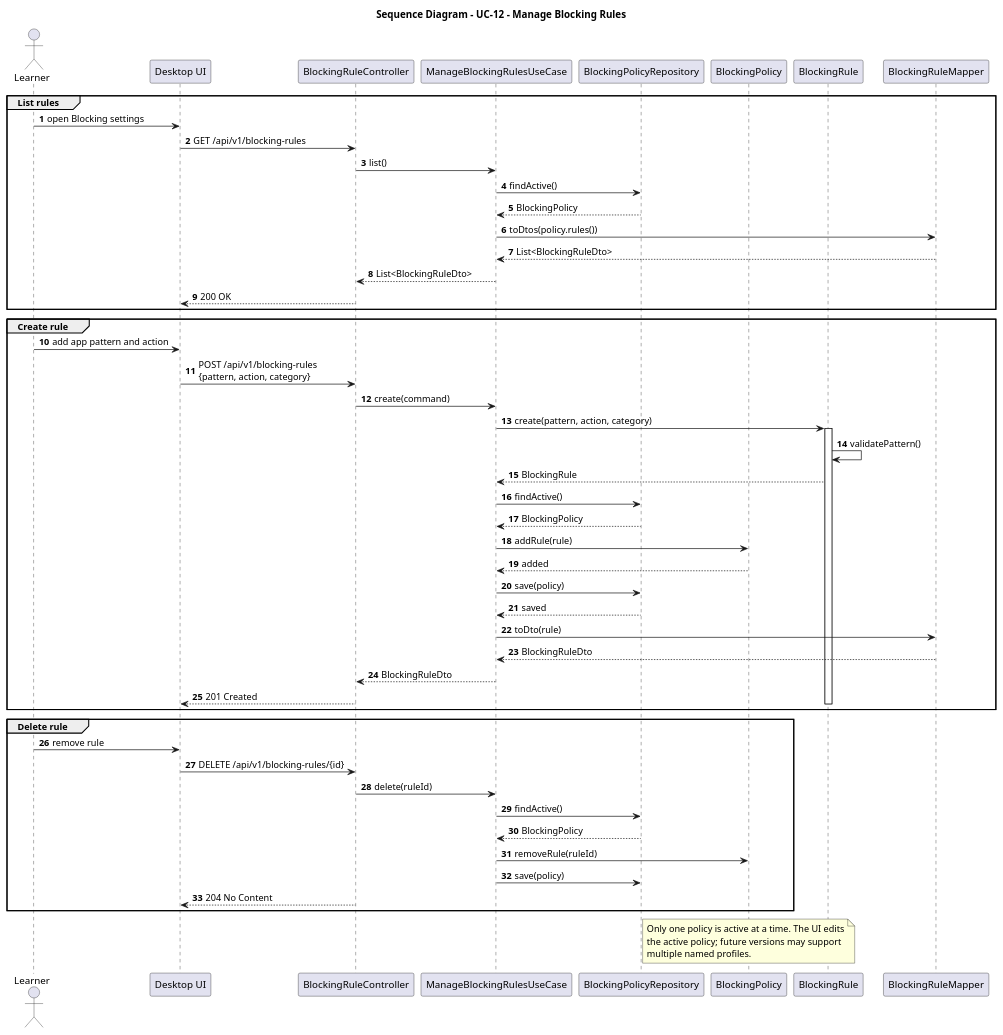
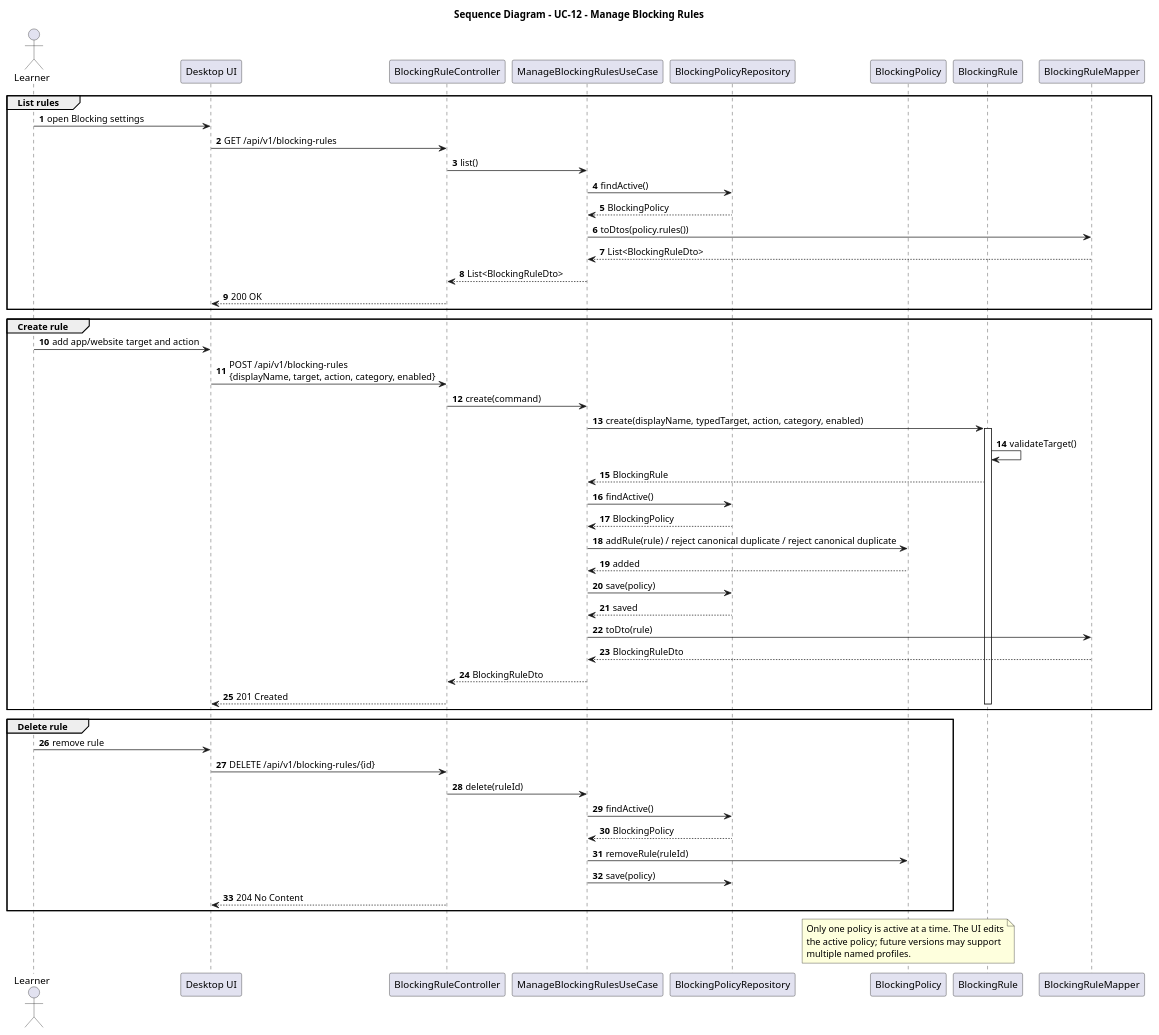
One commit to MiguelRibeiro1210/Focus-and-Study-Tracking changed the diagram in docs/SD/SD_ManageBlockingRules.puml. Above: the diagram before and after it, drawn with PlantUML. The commit also changed 31 other files, not shown here.

```diff
--- a/docs/SD/SD_ManageBlockingRules.puml
+++ b/docs/SD/SD_ManageBlockingRules.puml
@@ -1,64 +1,64 @@
 @startuml
 title Sequence Diagram - UC-12 - Manage Blocking Rules
 
 autonumber
 actor Learner
 participant "Desktop UI" as UI
 participant "BlockingRuleController" as Controller
 participant "ManageBlockingRulesUseCase" as UseCase
 participant "BlockingPolicyRepository" as Repo
 participant "BlockingPolicy" as Policy
 participant "BlockingRule" as Rule
 participant "BlockingRuleMapper" as Mapper
 
 group List rules
   Learner -> UI : open Blocking settings
   UI -> Controller : GET /api/v1/blocking-rules
   Controller -> UseCase : list()
   UseCase -> Repo : findActive()
   Repo --> UseCase : BlockingPolicy
   UseCase -> Mapper : toDtos(policy.rules())
   Mapper --> UseCase : List<BlockingRuleDto>
   UseCase --> Controller : List<BlockingRuleDto>
   Controller --> UI : 200 OK
 end
 
 group Create rule
-  Learner -> UI : add app pattern and action
-  UI -> Controller : POST /api/v1/blocking-rules\n{pattern, action, category}
+  Learner -> UI : add app/website target and action
+  UI -> Controller : POST /api/v1/blocking-rules\n{displayName, target, action, category, enabled}
   Controller -> UseCase : create(command)
-  UseCase -> Rule : create(pattern, action, category)
+  UseCase -> Rule : create(displayName, typedTarget, action, category, enabled)
   activate Rule
-  Rule -> Rule : validatePattern()
+  Rule -> Rule : validateTarget()
   Rule --> UseCase : BlockingRule
   UseCase -> Repo : findActive()
   Repo --> UseCase : BlockingPolicy
-  UseCase -> Policy : addRule(rule)
+  UseCase -> Policy : addRule(rule) / reject canonical duplicate / reject canonical duplicate
   Policy --> UseCase : added
   UseCase -> Repo : save(policy)
   Repo --> UseCase : saved
   UseCase -> Mapper : toDto(rule)
   Mapper --> UseCase : BlockingRuleDto
   UseCase --> Controller : BlockingRuleDto
   Controller --> UI : 201 Created
   deactivate Rule
 end
 
 group Delete rule
   Learner -> UI : remove rule
   UI -> Controller : DELETE /api/v1/blocking-rules/{id}
   Controller -> UseCase : delete(ruleId)
   UseCase -> Repo : findActive()
   Repo --> UseCase : BlockingPolicy
   UseCase -> Policy : removeRule(ruleId)
   UseCase -> Repo : save(policy)
   Controller --> UI : 204 No Content
 end
 
 note over Policy
   Only one policy is active at a time. The UI edits
   the active policy; future versions may support
   multiple named profiles.
 end note
 
 @enduml
```
